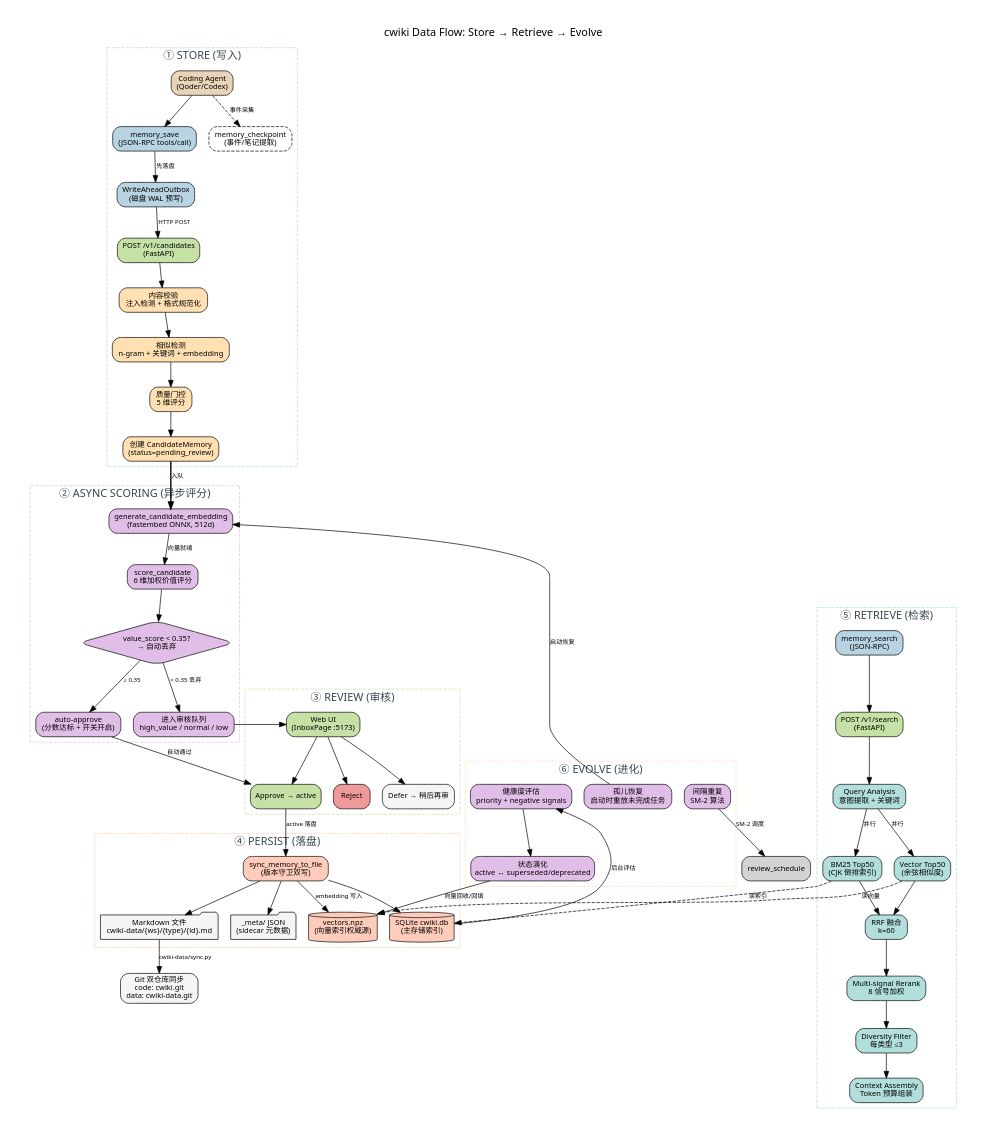
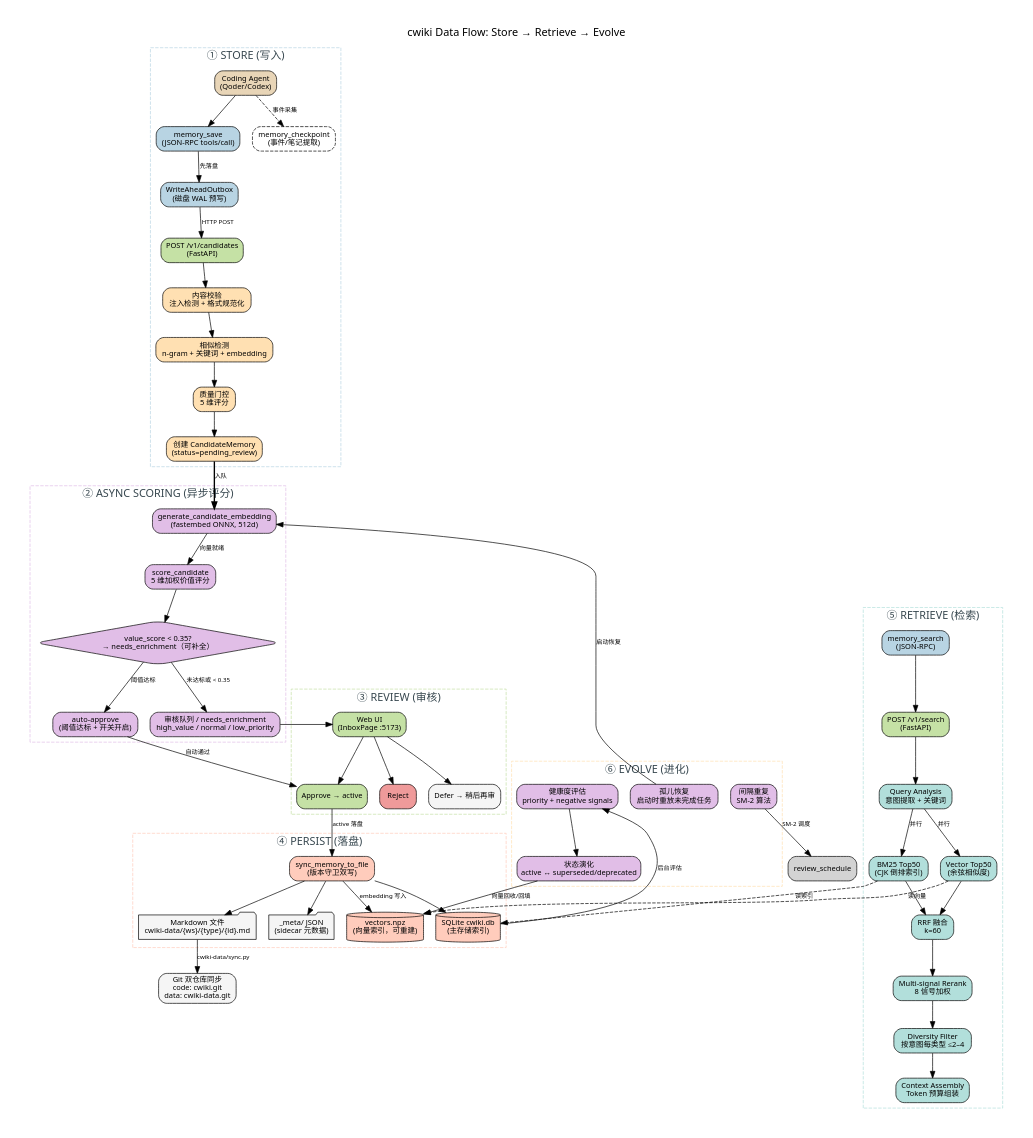
The diagram in docs/architecture/data-flow.dot (Chance-Wu/cwiki), drawn with Graphviz before and after one commit. The commit also changed 25 other files, not shown here.

```diff
--- a/docs/architecture/data-flow.dot
+++ b/docs/architecture/data-flow.dot
@@ -1,171 +1,171 @@
 // cwiki Data Flow: Store → Retrieve → Evolve
 // Audience: developers understanding the memory lifecycle
 // Scope: end-to-end data flow from agent write to knowledge evolution
 // Evidence: adapters/mcp/mcp_server.py, packages/memory/service.py,
 //           packages/retrieval/engine.py, apps/worker/tasks/
 // Skill: flow-visualizer + graphviz
 
 digraph cwiki_data_flow {
     rankdir=TB
     node [shape=box, style="rounded,filled", fontname="Segoe UI", fontsize=11]
     edge [fontname="Segoe UI", fontsize=9, color="#555"]
     graph [fontname="Segoe UI", fontsize=13, label="cwiki Data Flow: Store → Retrieve → Evolve", labelloc=t, fontsize=16, pad=0.4]
 
     // --- Color Palette ---
     // Actor: #E8D5B7 (warm beige)
     // MCP: #B8D4E3 (light blue)
     // API: #C5E1A5 (light green)
     // Memory Service: #FFE0B2 (light orange)
     // Worker: #E1BEE7 (light purple)
     // Storage: #FFCCBC (light salmon)
     // Retrieval: #B2DFDB (light teal)
     // File: #F5F5F5 (light gray)
 
     // ===== PHASE 1: STORE =====
     subgraph cluster_store {
         label="① STORE (写入)"
         style=dashed
         color="#B8D4E3"
         fontcolor="#37474F"
 
         agent [label="Coding Agent\n(Qoder/Codex)", fillcolor="#E8D5B7"]
         mcp_save [label="memory_save\n(JSON-RPC tools/call)", fillcolor="#B8D4E3"]
         outbox [label="WriteAheadOutbox\n(磁盘 WAL 预写)", fillcolor="#B8D4E3"]
         api_candidate [label="POST /v1/candidates\n(FastAPI)", fillcolor="#C5E1A5"]
         validate [label="内容校验\n注入检测 + 格式规范化", fillcolor="#FFE0B2"]
         dedup_inline [label="相似检测\nn-gram + 关键词 + embedding", fillcolor="#FFE0B2"]
         quality_gate [label="质量门控\n5 维评分", fillcolor="#FFE0B2"]
         create_candidate [label="创建 CandidateMemory\n(status=pending_review)", fillcolor="#FFE0B2"]
         checkpoint [label="memory_checkpoint\n(事件/笔记提取)", fillcolor="#B8D4E3", style="rounded,dashed"]
     }
 
     // ===== PHASE 2: ASYNC SCORING =====
     subgraph cluster_score {
         label="② ASYNC SCORING (异步评分)"
         style=dashed
         color="#E1BEE7"
         fontcolor="#37474F"
 
         task_embed [label="generate_candidate_embedding\n(fastembed ONNX, 512d)", fillcolor="#E1BEE7"]
-        task_score [label="score_candidate\n6 维加权价值评分", fillcolor="#E1BEE7"]
-        value_filter [label="value_score < 0.35?\n→ 自动丢弃", fillcolor="#E1BEE7", shape=diamond]
-        auto_approve [label="auto-approve\n(分数达标 + 开关开启)", fillcolor="#E1BEE7"]
-        queue_review [label="进入审核队列\nhigh_value / normal / low", fillcolor="#E1BEE7"]
+        task_score [label="score_candidate\n5 维加权价值评分", fillcolor="#E1BEE7"]
+        value_filter [label="value_score < 0.35?\n→ needs_enrichment（可补全）", fillcolor="#E1BEE7", shape=diamond]
+        auto_approve [label="auto-approve\n(阈值达标 + 开关开启)", fillcolor="#E1BEE7"]
+        queue_review [label="审核队列 / needs_enrichment\nhigh_value / normal / low_priority", fillcolor="#E1BEE7"]
     }
 
     // ===== PHASE 3: REVIEW =====
     subgraph cluster_review {
         label="③ REVIEW (审核)"
         style=dashed
         color="#C5E1A5"
         fontcolor="#37474F"
 
         web_ui [label="Web UI\n(InboxPage :5173)", fillcolor="#C5E1A5"]
         approve [label="Approve → active", fillcolor="#C5E1A5"]
         reject [label="Reject", fillcolor="#EF9A9A"]
         defer [label="Defer → 稍后再审", fillcolor="#F5F5F5"]
     }
 
     // ===== PHASE 4: PERSIST =====
     subgraph cluster_persist {
         label="④ PERSIST (落盘)"
         style=dashed
         color="#FFCCBC"
         fontcolor="#37474F"
 
         dual_write [label="sync_memory_to_file\n(版本守卫双写)", fillcolor="#FFCCBC"]
         md_file [label="Markdown 文件\ncwiki-data/{ws}/{type}/{id}.md", fillcolor="#F5F5F5", shape=folder]
         meta_json [label="_meta/ JSON\n(sidecar 元数据)", fillcolor="#F5F5F5", shape=folder]
         sqlite_db [label="SQLite cwiki.db\n(主存储索引)", fillcolor="#FFCCBC", shape=cylinder]
-        vectors_npz [label="vectors.npz\n(向量索引权威源)", fillcolor="#FFCCBC", shape=cylinder]
+        vectors_npz [label="vectors.npz\n(向量索引，可重建)", fillcolor="#FFCCBC", shape=cylinder]
     }
 
     // ===== PHASE 5: RETRIEVE =====
     subgraph cluster_retrieve {
         label="⑤ RETRIEVE (检索)"
         style=dashed
         color="#B2DFDB"
         fontcolor="#37474F"
 
         mcp_search [label="memory_search\n(JSON-RPC)", fillcolor="#B8D4E3"]
         api_search [label="POST /v1/search\n(FastAPI)", fillcolor="#C5E1A5"]
         query_analysis [label="Query Analysis\n意图提取 + 关键词", fillcolor="#B2DFDB"]
         bm25_recall [label="BM25 Top50\n(CJK 倒排索引)", fillcolor="#B2DFDB"]
         vector_recall [label="Vector Top50\n(余弦相似度)", fillcolor="#B2DFDB"]
         rrf_fusion [label="RRF 融合\nk=60", fillcolor="#B2DFDB"]
         reranker [label="Multi-signal Rerank\n8 信号加权", fillcolor="#B2DFDB"]
-        diversity [label="Diversity Filter\n每类型 ≤3", fillcolor="#B2DFDB"]
+        diversity [label="Diversity Filter\n按意图每类型 ≤2–4", fillcolor="#B2DFDB"]
         context_assembly [label="Context Assembly\nToken 预算组装", fillcolor="#B2DFDB"]
     }
 
     // ===== PHASE 6: EVOLVE =====
     subgraph cluster_evolve {
         label="⑥ EVOLVE (进化)"
         style=dashed
         color="#FFE0B2"
         fontcolor="#37474F"
 
         health_check [label="健康度评估\npriority + negative signals", fillcolor="#E1BEE7"]
         state_evolve [label="状态演化\nactive ↔ superseded/deprecated", fillcolor="#E1BEE7"]
         orphan_recover [label="孤儿恢复\n启动时重放未完成任务", fillcolor="#E1BEE7"]
         spaced_review [label="间隔重复\nSM-2 算法", fillcolor="#E1BEE7"]
     }
 
     // ===== EDGES =====
     // Phase 1: Store
     agent -> mcp_save
     agent -> checkpoint [style=dashed, label="事件采集"]
     mcp_save -> outbox [label="先落盘"]
     outbox -> api_candidate [label="HTTP POST"]
     api_candidate -> validate
     validate -> dedup_inline
     dedup_inline -> quality_gate
     quality_gate -> create_candidate
 
     // Phase 2: Scoring
     create_candidate -> task_embed [label="入队", style=bold]
     task_embed -> task_score [label="向量就绪"]
     task_score -> value_filter
-    value_filter -> auto_approve [label="≥ 0.35"]
-    value_filter -> queue_review [label="< 0.35 丢弃"]
+    value_filter -> auto_approve [label="阈值达标"]
+    value_filter -> queue_review [label="未达标或 < 0.35"]
     auto_approve -> approve [label="自动通过"]
 
     // Phase 3: Review
     queue_review -> web_ui
     web_ui -> approve
     web_ui -> reject
     web_ui -> defer
 
     // Phase 4: Persist
     approve -> dual_write [label="active 落盘"]
     dual_write -> md_file
     dual_write -> meta_json
     dual_write -> sqlite_db
     dual_write -> vectors_npz [label="embedding 写入"]
 
     // Phase 5: Retrieve
     mcp_search -> api_search
     api_search -> query_analysis
     query_analysis -> bm25_recall [label="并行"]
     query_analysis -> vector_recall [label="并行"]
     bm25_recall -> rrf_fusion
     vector_recall -> rrf_fusion
     rrf_fusion -> reranker
     reranker -> diversity
     diversity -> context_assembly
 
     // Phase 6: Evolve
     sqlite_db -> health_check [label="后台评估"]
     health_check -> state_evolve
     state_evolve -> vectors_npz [label="向量回收/回填"]
     orphan_recover -> task_embed [label="启动恢复"]
     spaced_review -> review_schedule [label="SM-2 调度"]
 
     // Cross-cutting: retrieval reads from storage
     bm25_recall -> sqlite_db [label="读索引", style=dashed]
     vector_recall -> vectors_npz [label="读向量", style=dashed]
 
     // Git sync
     md_file -> git_sync [label="cwiki-data/sync.py"]
     git_sync [label="Git 双仓库同步\ncode: cwiki.git\ndata: cwiki-data.git", fillcolor="#F5F5F5", shape=cloud]
 }
```
